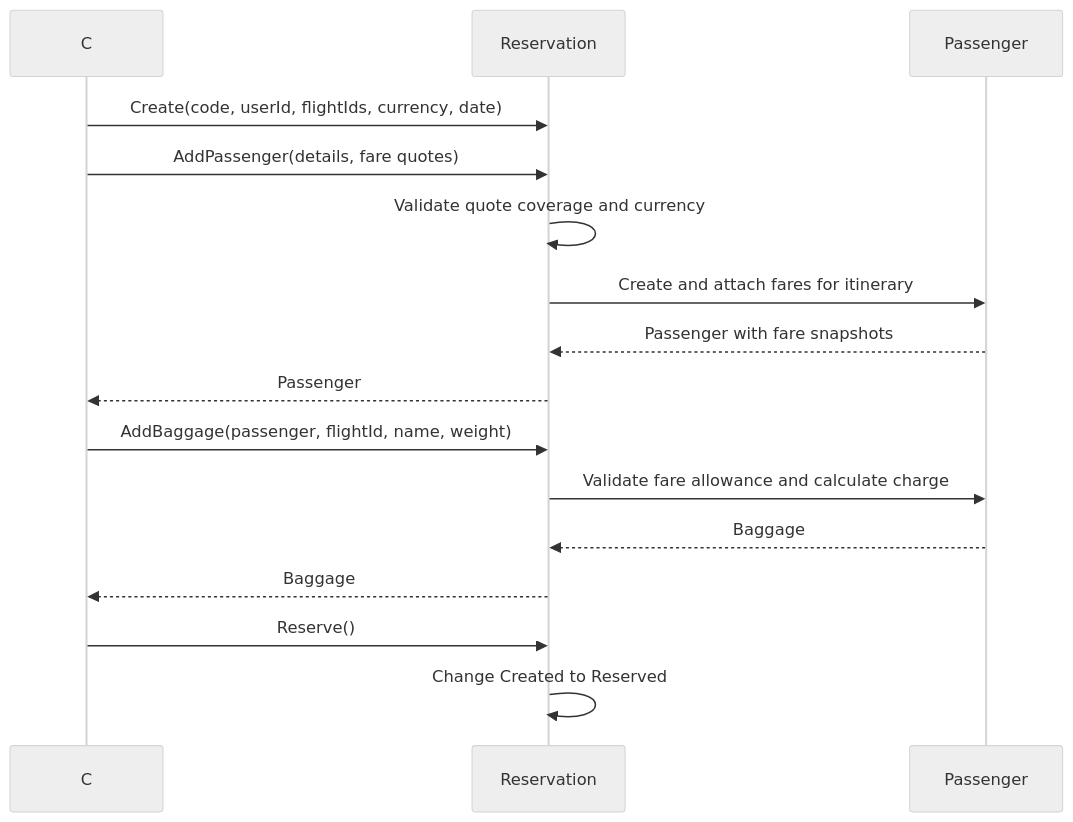
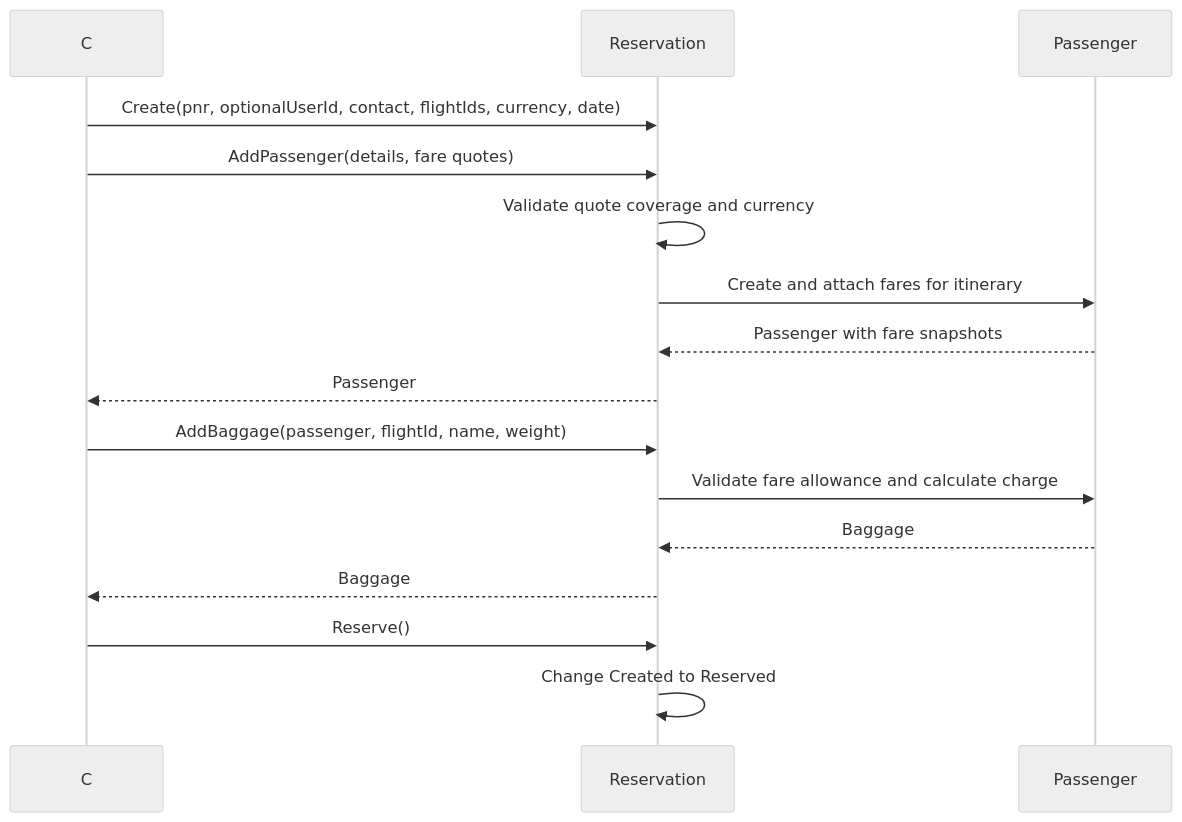
Before and after one commit to mgorczyca12/polonia-airlines: the second of 2 diagrams in docs/architecture/services/booking-service.md, drawn with Mermaid (neutral theme). The commit also changed other lines of this file and 69 other files, not shown here.

````diff
--- a/docs/architecture/services/booking-service.md
+++ b/docs/architecture/services/booking-service.md
@@ -54,18 +60,18 @@
 ```mermaid
 sequenceDiagram
     participant Caller as C# caller / unit test
     participant Reservation
     participant Passenger
-    Caller->>Reservation: Create(code, userId, flightIds, currency, date)
+    Caller->>Reservation: Create(pnr, optionalUserId, contact, flightIds, currency, date)
     Caller->>Reservation: AddPassenger(details, fare quotes)
     Reservation->>Reservation: Validate quote coverage and currency
     Reservation->>Passenger: Create and attach fares for itinerary
     Passenger-->>Reservation: Passenger with fare snapshots
     Reservation-->>Caller: Passenger
     Caller->>Reservation: AddBaggage(passenger, flightId, name, weight)
     Reservation->>Passenger: Validate fare allowance and calculate charge
     Passenger-->>Reservation: Baggage
     Reservation-->>Caller: Baggage
     Caller->>Reservation: Reserve()
     Reservation->>Reservation: Change Created to Reserved
 ```
````
